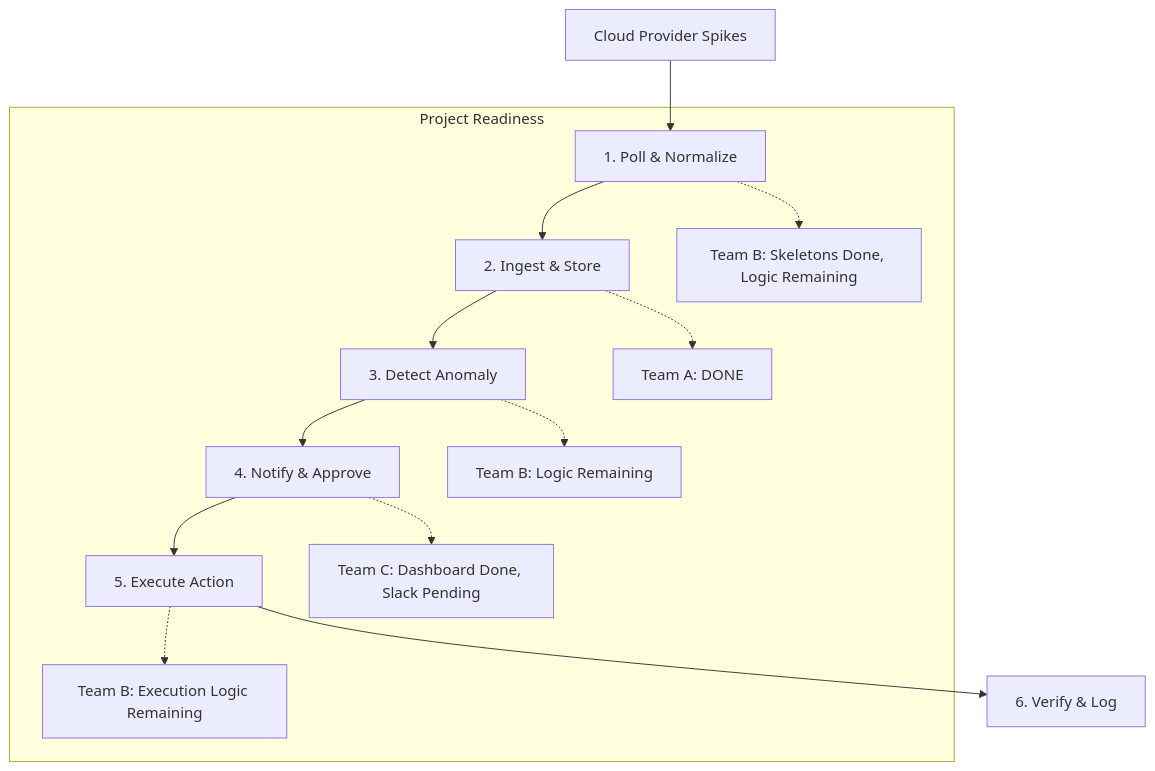
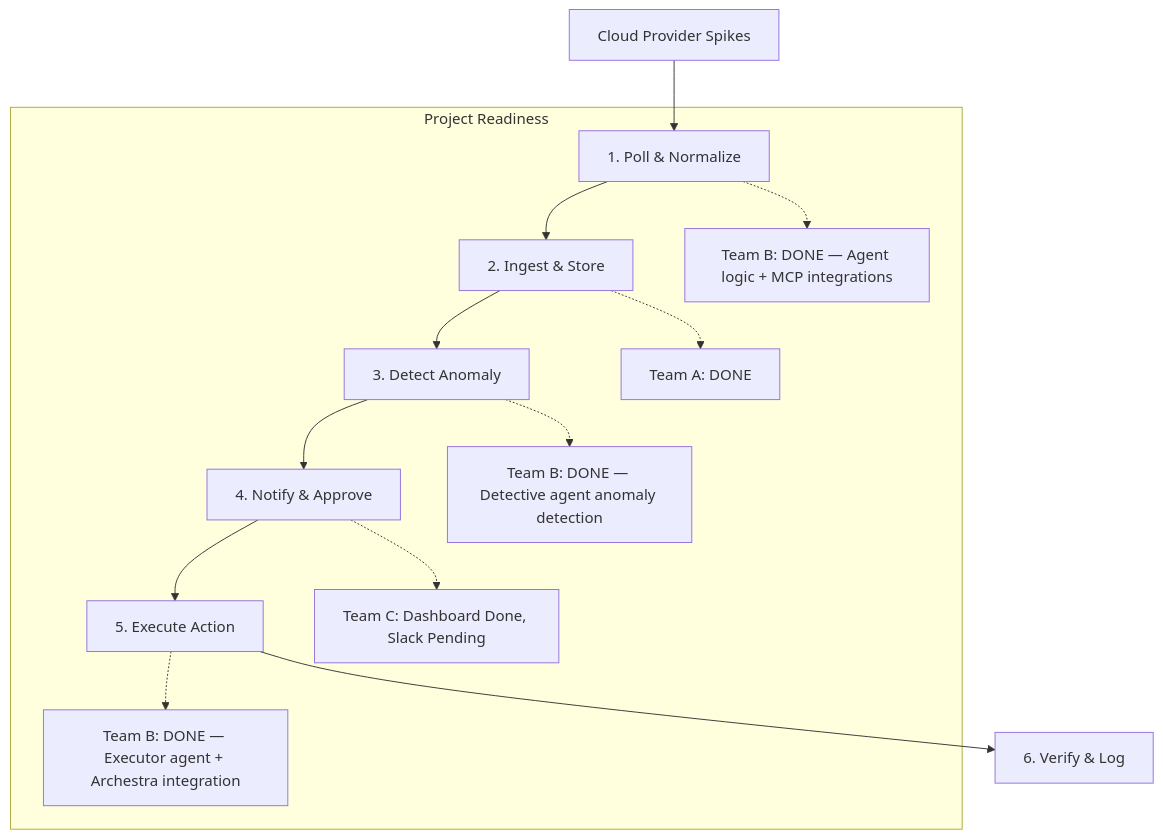
Before and after one commit to AaKaShhhhhhhhh/Costguard: the diagram in docs/WORKFLOW_FLOWCHART.md, drawn with Mermaid. The commit also changed 21 other files, not shown here.

````diff
--- a/docs/WORKFLOW_FLOWCHART.md
+++ b/docs/WORKFLOW_FLOWCHART.md
@@ -7,17 +7,18 @@
 ```mermaid
 flowchart TD
     A[Cloud Provider Spikes] --> B[1. Poll & Normalize]
     B --> C[2. Ingest & Store]
     C --> D[3. Detect Anomaly]
     D --> E[4. Notify & Approve]
     E --> F[5. Execute Action]
     F --> G[6. Verify & Log]
 
     subgraph Status [Project Readiness]
-        B -.-> B_S[Team B: Skeletons Done, Logic Remaining]
+        B -.-> B_S[Team B: DONE — Agent logic + MCP integrations]
         C -.-> C_S[Team A: DONE]
-        D -.-> D_S[Team B: Logic Remaining]
+        D -.-> D_S[Team B: DONE — Detective agent anomaly detection]
         E -.-> E_S[Team C: Dashboard Done, Slack Pending]
-        F -.-> F_S[Team B: Execution Logic Remaining]
+        F -.-> F_S[Team B: DONE — Executor agent + Archestra integration]
     end
+
 ```
````
